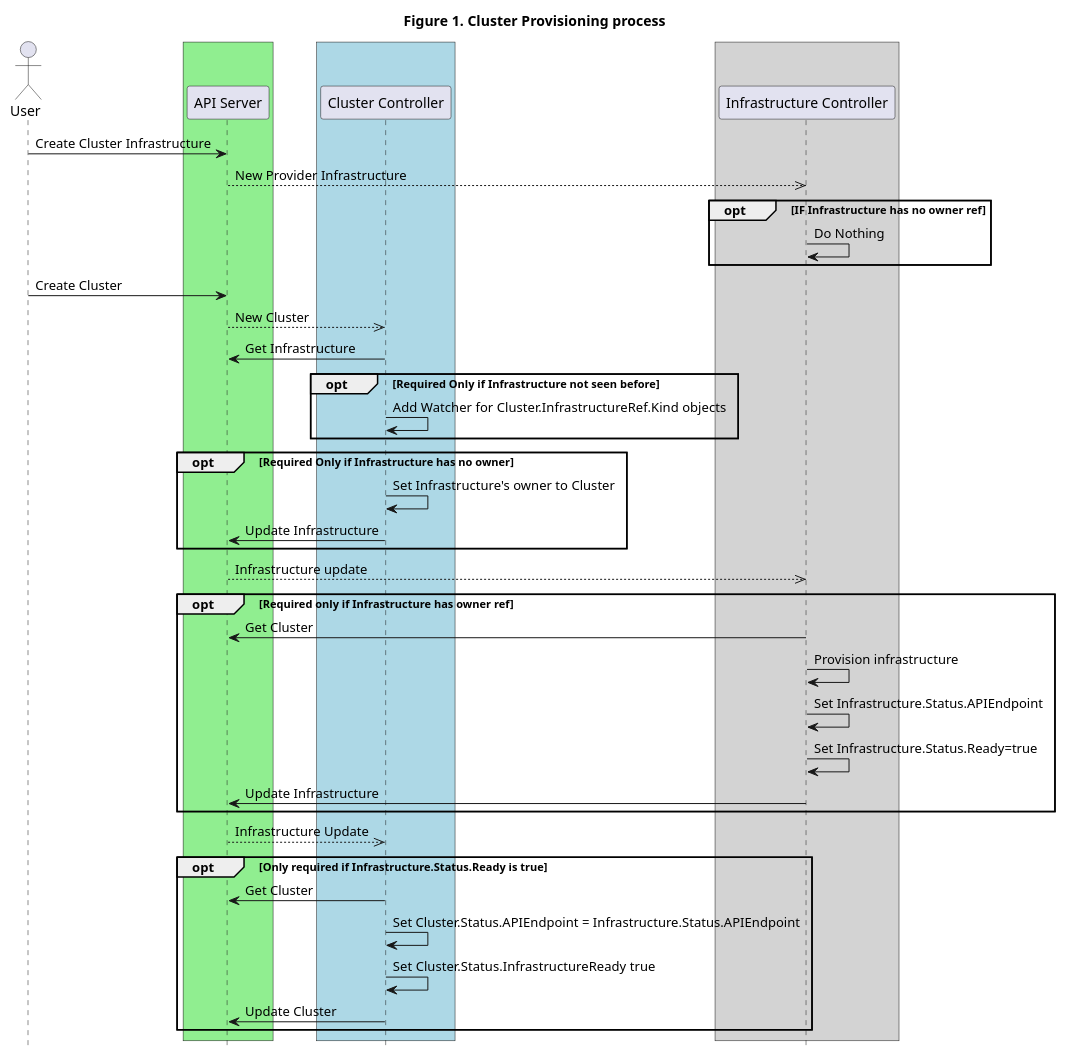
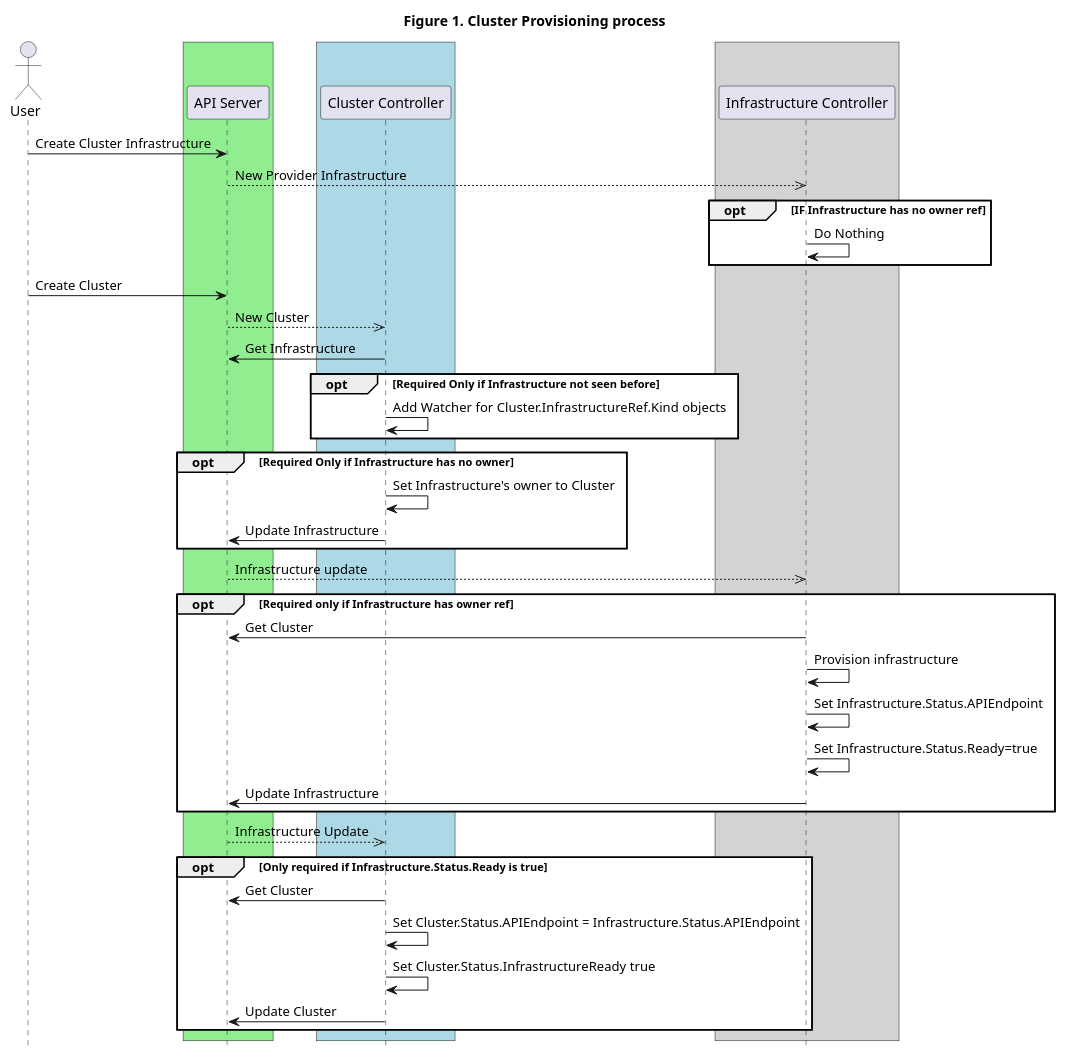
One commit to kubernetes-sigs/cluster-api changed the diagram in docs/proposals/images/cluster-spec-crds/figure1.plantuml. Above: the diagram before and after it, drawn with PlantUML. The commit also changed 42 other files, not shown here.

Commit message:
Update docs/Makefile. Fix proposal diagrams transparency issue with new PlantUML version.

```diff
--- a/docs/proposals/images/cluster-spec-crds/figure1.plantuml
+++ b/docs/proposals/images/cluster-spec-crds/figure1.plantuml
@@ -1,58 +1,58 @@
 @startuml
 title Figure 1. Cluster Provisioning process
 actor User
 
 ' -- GROUPS START ---
 
 box #LightGreen
 participant "API Server"
 end box
 
 box #LightBlue
 participant "Cluster Controller"
 end box
 
 box #LightGrey
 participant "Infrastructure Controller"
 end box
 
 ' -- GROUPS END ---
 
 User -> "API Server" : Create Cluster Infrastructure
 "API Server" -->> "Infrastructure Controller": New Provider Infrastructure
 
-opt IF Infrastructure has no owner ref
+opt #white IF Infrastructure has no owner ref
 "Infrastructure Controller"->"Infrastructure Controller": Do Nothing
 end
 
 User -> "API Server": Create Cluster
 "API Server" -->> "Cluster Controller": New Cluster
 "Cluster Controller" -> "API Server": Get Infrastructure
-opt Required Only if Infrastructure not seen before
+opt #white Required Only if Infrastructure not seen before
 "Cluster Controller" -> "Cluster Controller": Add Watcher for Cluster.InfrastructureRef.Kind objects
 end
 
-opt Required Only if Infrastructure has no owner
+opt #white Required Only if Infrastructure has no owner
 "Cluster Controller" -> "Cluster Controller": Set Infrastructure's owner to Cluster
 "Cluster Controller" -> "API Server": Update Infrastructure
 end
 
 "API Server" -->> "Infrastructure Controller": Infrastructure update
-opt Required only if Infrastructure has owner ref
+opt #white Required only if Infrastructure has owner ref
 "Infrastructure Controller" -> "API Server": Get Cluster
 "Infrastructure Controller" -> "Infrastructure Controller": Provision infrastructure
 "Infrastructure Controller" -> "Infrastructure Controller": Set Infrastructure.Status.APIEndpoint
 "Infrastructure Controller" -> "Infrastructure Controller": Set Infrastructure.Status.Ready=true
 "Infrastructure Controller" -> "API Server": Update Infrastructure
 end
 
 "API Server" -->> "Cluster Controller": Infrastructure Update
-opt Only required if Infrastructure.Status.Ready is true
+opt #white Only required if Infrastructure.Status.Ready is true
 "Cluster Controller" -> "API Server": Get Cluster
 "Cluster Controller" -> "Cluster Controller": Set Cluster.Status.APIEndpoint = Infrastructure.Status.APIEndpoint
 "Cluster Controller" -> "Cluster Controller": Set Cluster.Status.InfrastructureReady true
 "Cluster Controller" -> "API Server": Update Cluster
 end
 
 hide footbox
 @enduml
```
